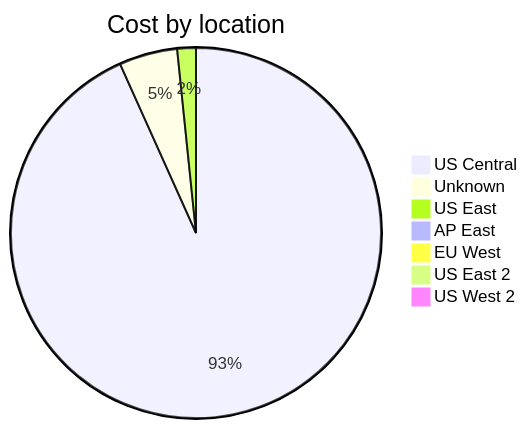
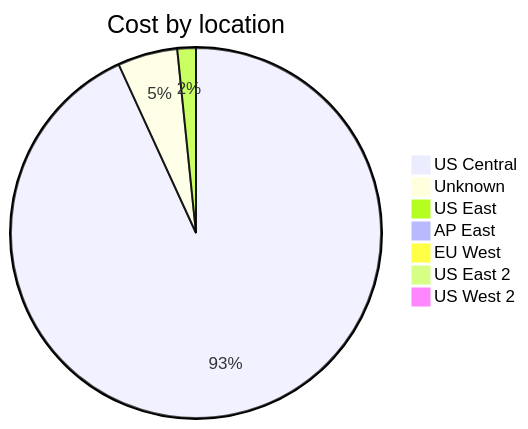
Before and after one commit to jpfulton/azure-personal-reports: the third of 4 diagrams in cost-reports/accumulated-cost.md, drawn with Mermaid. The commit also changed other lines of this file and 4 other files, not shown here.

````diff
--- a/cost-reports/accumulated-cost.md
+++ b/cost-reports/accumulated-cost.md
@@ -121,11 +121,11 @@
 ```mermaid
 pie
    title Cost by location
-   "US Central" : 4.58
-   "Unknown" : 0.25
-   "US East" : 0.08
+   "US Central" : 5.17
+   "Unknown" : 0.29
+   "US East" : 0.09
    "AP East" : 0.00
    "EU West" : 0.00
    "US East 2" : 0.00
    "US West 2" : 0.00
 ```
````
